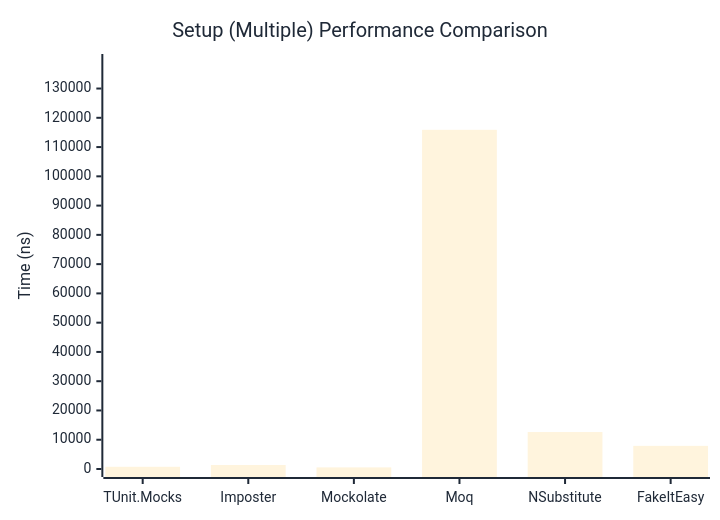
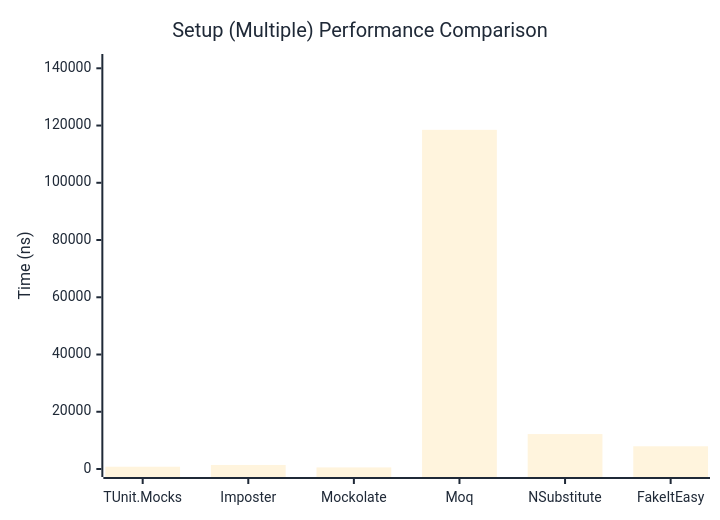
Before and after one commit to thomhurst/TUnit: the second of 2 diagrams in docs/docs/benchmarks/mocks/Setup.md, drawn with Mermaid. The commit also changed other lines of this file and 14 other files, not shown here.

````diff
--- a/docs/docs/benchmarks/mocks/Setup.md
+++ b/docs/docs/benchmarks/mocks/Setup.md
@@ -71,27 +71,27 @@
 ```mermaid
 %%{init: {
   'theme':'base',
   'themeVariables': {
     'primaryColor': '#2563eb',
     'primaryTextColor': '#1f2937',
     'primaryBorderColor': '#1e40af',
     'lineColor': '#6b7280',
     'secondaryColor': '#7c3aed',
     'tertiaryColor': '#dc2626',
     'background': '#ffffff',
     'pie1': '#2563eb',
     'pie2': '#7c3aed',
     'pie3': '#dc2626',
     'pie4': '#f59e0b',
     'pie5': '#10b981',
     'pie6': '#06b6d4',
     'pie7': '#ec4899',
     'pie8': '#6366f1'
   }
 }}%%
 xychart-beta
   title "Setup (Multiple) Performance Comparison"
   x-axis ["TUnit.Mocks", "Imposter", "Mockolate", "Moq", "NSubstitute", "FakeItEasy"]
-  y-axis "Time (ns)" 0 --> 139066
-  bar [758.5, 1368.7, 550.4, 115888.2, 12628.8, 7910.5]
+  y-axis "Time (ns)" 0 --> 142199
+  bar [789.6, 1410.5, 554.5, 118498.6, 12198.8, 7943.8]
 ```
````
